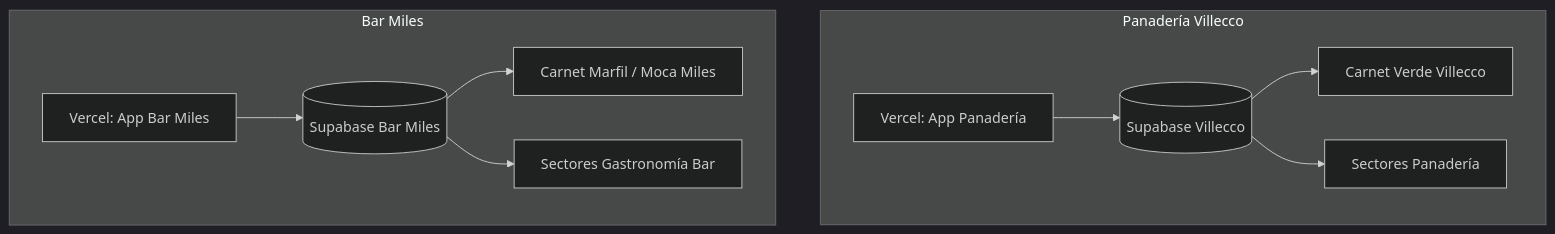
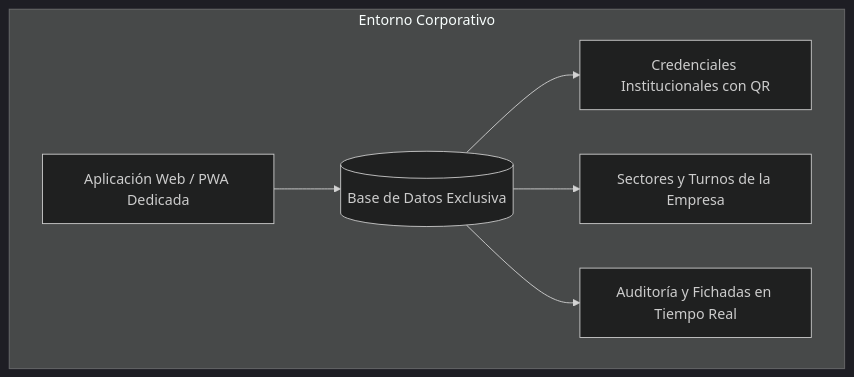
The first of 3 diagrams in manual_usuario.md (oficina13central/secureqr-attendance-system), drawn with Mermaid (dark theme) before and after one commit. The commit also changed other lines of this file and 1 other file, not shown here.

Commit message:
docs(manual): hacer el manual completamente generico e independiente por empresa

````diff
--- a/manual_usuario.md
+++ b/manual_usuario.md
@@ -29,14 +25,9 @@
 ```mermaid
 graph TD
-    subgraph "Panadería Villecco"
-        V_Vercel[Vercel: App Panadería] --> V_DB[(Supabase Villecco)]
-        V_DB --> V_Badge[Carnet Verde Villecco]
-        V_DB --> V_Sectors[Sectores Panadería]
-    end
-
-    subgraph "Bar Miles"
-        M_Vercel[Vercel: App Bar Miles] --> M_DB[(Supabase Bar Miles)]
-        M_DB --> M_Badge[Carnet Marfil / Moca Miles]
-        M_DB --> M_Sectors[Sectores Gastronomía Bar]
+    subgraph "Entorno Corporativo"
+        App[Aplicación Web / PWA Dedicada] --> DB[(Base de Datos Exclusiva)]
+        DB --> Badge[Credenciales Institucionales con QR]
+        DB --> Sectors[Sectores y Turnos de la Empresa]
+        DB --> Audits[Auditoría y Fichadas en Tiempo Real]
     end
 ```
````
